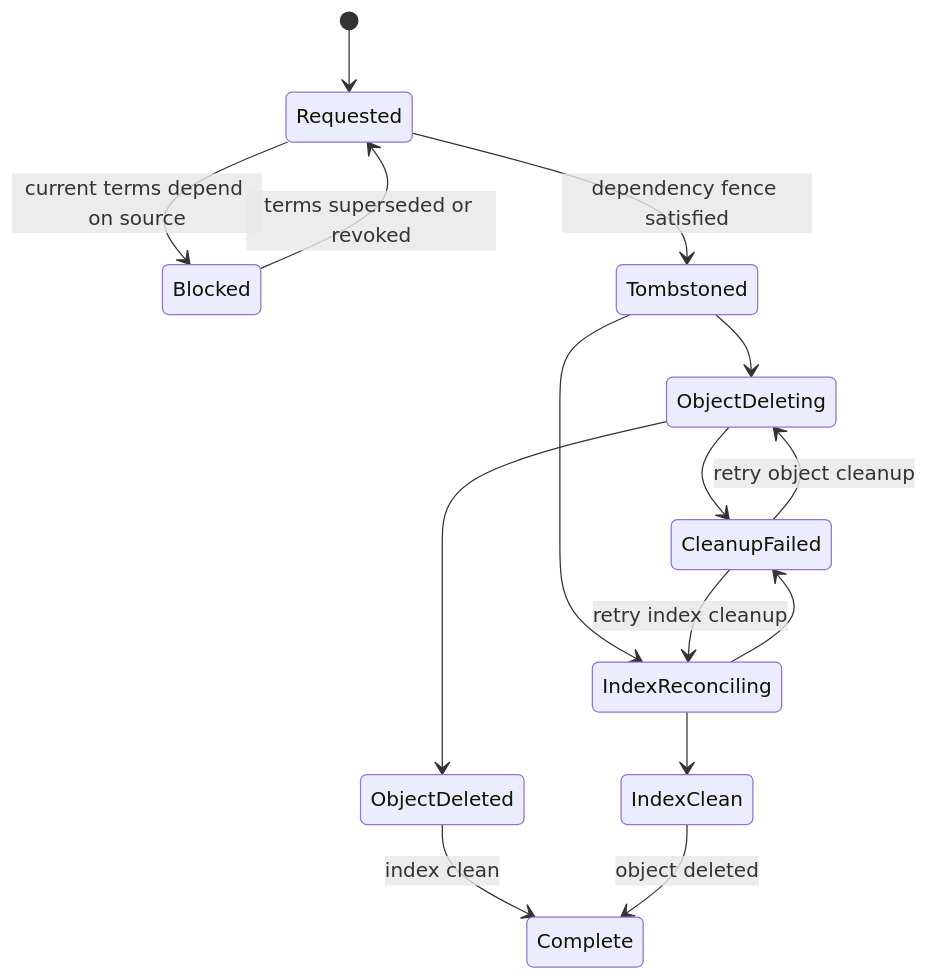
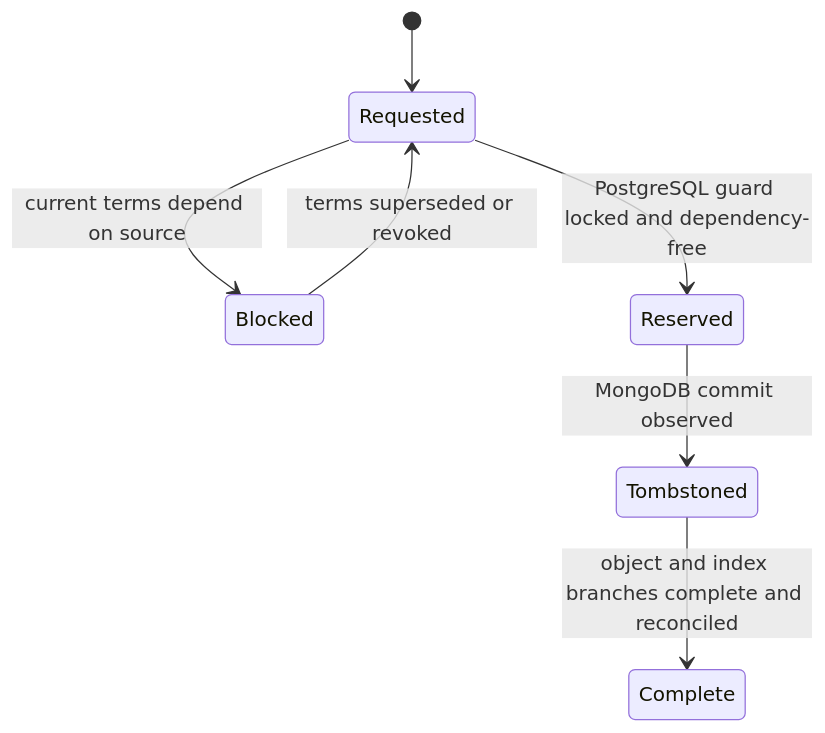
The fifth of 6 diagrams in aidlc/spaces/default/intents/260908-stock-sense-design/construction/supplier-knowledge/functional-design/functional-spec.md (anton-asnitsky/StockSense), drawn with Mermaid before and after one commit. The commit also changed other lines of this file and 162 other files, not shown here.

````diff
--- a/aidlc/spaces/default/intents/260908-stock-sense-design/construction/supplier-knowledge/functional-design/functional-spec.md
+++ b/aidlc/spaces/default/intents/260908-stock-sense-design/construction/supplier-knowledge/functional-design/functional-spec.md
@@ -348,17 +378,9 @@
 ```mermaid
 stateDiagram-v2
     [*] --> Requested
     Requested --> Blocked: current terms depend on source
     Blocked --> Requested: terms superseded or revoked
-    Requested --> Tombstoned: dependency fence satisfied
-    Tombstoned --> ObjectDeleting
-    Tombstoned --> IndexReconciling
-    ObjectDeleting --> ObjectDeleted
-    IndexReconciling --> IndexClean
-    ObjectDeleting --> CleanupFailed
-    IndexReconciling --> CleanupFailed
-    CleanupFailed --> ObjectDeleting: retry object cleanup
-    CleanupFailed --> IndexReconciling: retry index cleanup
-    ObjectDeleted --> Complete: index clean
-    IndexClean --> Complete: object deleted
+    Requested --> Reserved: PostgreSQL guard locked and dependency-free
+    Reserved --> Tombstoned: MongoDB commit observed
+    Tombstoned --> Complete: object and index branches complete and reconciled
 ```
````
